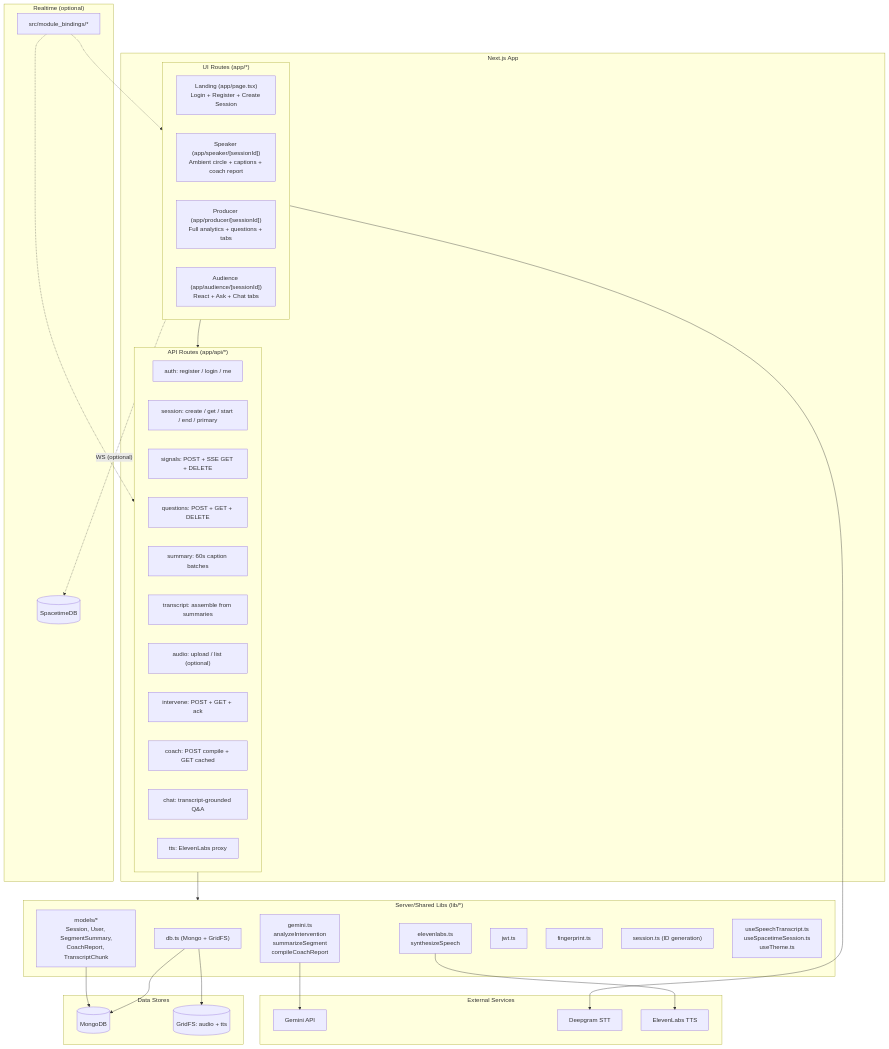
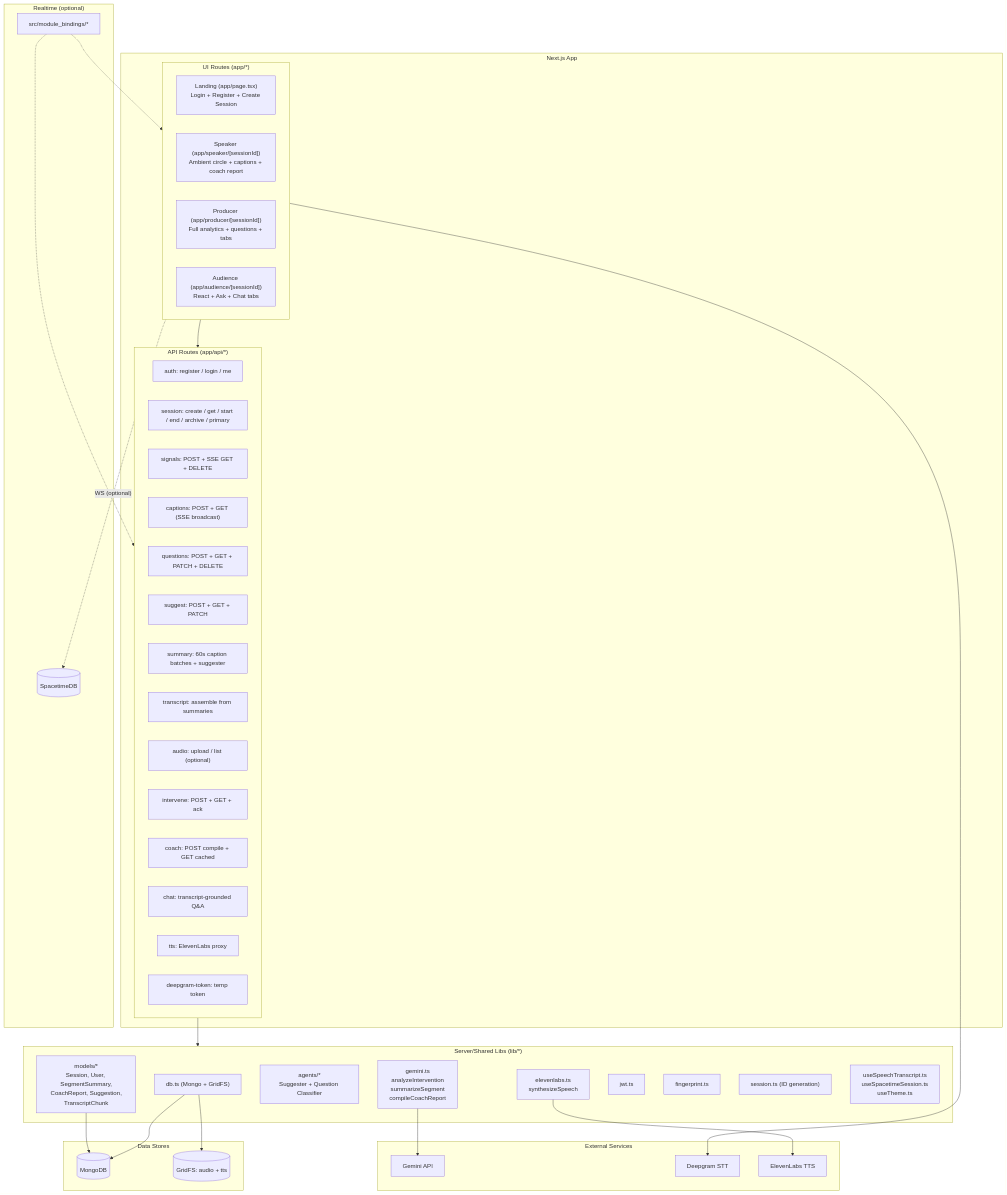
Before and after one commit to arvinder004/PULSE_HACKBYTE4.0: the second of 9 diagrams in PULSE_ARCHITECTUREPLAN.md, drawn with Mermaid. The commit also changed other lines of this file and 7 other files, not shown here.

First line of the commit message:
feat: Update documentation and architecture for PULSE

````diff
--- a/PULSE_ARCHITECTUREPLAN.md
+++ b/PULSE_ARCHITECTUREPLAN.md
@@ -86,66 +96,70 @@
 ```mermaid
 flowchart TB
   subgraph NextApp["Next.js App"]
     subgraph UI["UI Routes (app/*)"]
       LandingUI["Landing (app/page.tsx)\nLogin + Register + Create Session"]
       SpeakerUI["Speaker (app/speaker/[sessionId])\nAmbient circle + captions + coach report"]
       ProducerUI["Producer (app/producer/[sessionId])\nFull analytics + questions + tabs"]
       AudienceUI["Audience (app/audience/[sessionId])\nReact + Ask + Chat tabs"]
     end
     subgraph API["API Routes (app/api/*)"]
       AuthAPI["auth: register / login / me"]
-      SessionAPI["session: create / get / start / end / primary"]
+      SessionAPI["session: create / get / start / end / archive / primary"]
       SignalsAPI["signals: POST + SSE GET + DELETE"]
-      QuestionsAPI["questions: POST + GET + DELETE"]
-      SummaryAPI["summary: 60s caption batches"]
+      CaptionsAPI["captions: POST + GET (SSE broadcast)"]
+      QuestionsAPI["questions: POST + GET + PATCH + DELETE"]
+      SuggestAPI["suggest: POST + GET + PATCH"]
+      SummaryAPI["summary: 60s caption batches + suggester"]
       TranscriptAPI["transcript: assemble from summaries"]
       AudioAPI["audio: upload / list (optional)"]
       InterveneAPI["intervene: POST + GET + ack"]
       CoachAPI["coach: POST compile + GET cached"]
       ChatAPI["chat: transcript-grounded Q&A"]
       TTSAPI["tts: ElevenLabs proxy"]
+      DeepgramAPI["deepgram-token: temp token"]
     end
   end
 
   subgraph Lib["Server/Shared Libs (lib/*)"]
     DB["db.ts (Mongo + GridFS)"]
-    Models["models/*\nSession, User, SegmentSummary,\nCoachReport, TranscriptChunk"]
+    Models["models/*\nSession, User, SegmentSummary,\nCoachReport, Suggestion,\nTranscriptChunk"]
+    Agents["agents/*\nSuggester + Question Classifier"]
     GeminiLib["gemini.ts\nanalyzeIntervention\nsummarizeSegment\ncompileCoachReport"]
     ElevenLabsLib["elevenlabs.ts\nsynthesizeSpeech"]
     AuthLib["jwt.ts"]
     Fingerprint["fingerprint.ts"]
     SessionLib["session.ts (ID generation)"]
     Hooks["useSpeechTranscript.ts\nuseSpacetimeSession.ts\nuseTheme.ts"]
   end
 
   subgraph Data["Data Stores"]
     Mongo[(MongoDB)]
     GridFS[(GridFS: audio + tts)]
   end
 
   subgraph Realtime["Realtime (optional)"]
     STDB[(SpacetimeDB)]
     Bindings["src/module_bindings/*"]
   end
 
   subgraph External["External Services"]
     Gemini[Gemini API]
     Deepgram[Deepgram STT]
     ElevenLabs[ElevenLabs TTS]
   end
 
   UI --> API
   API --> Lib
 
   DB --> Mongo
   DB --> GridFS
   Models --> Mongo
 
   GeminiLib --> Gemini
   ElevenLabsLib --> ElevenLabs
   UI --> Deepgram
 
   UI -. "WS (optional)" .-> STDB
   Bindings -.-> UI
   Bindings -.-> API
 ```
````
